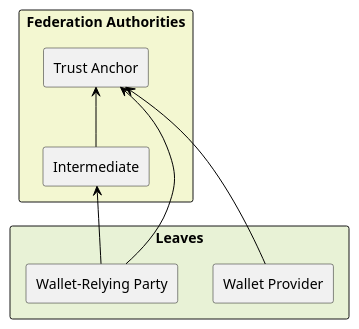
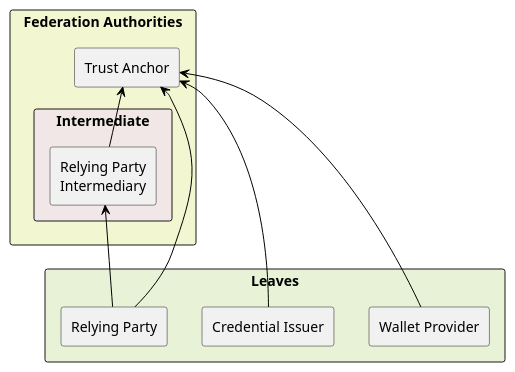
One commit to italia/eid-wallet-it-docs changed the diagram in docs/en/plantuml/oid-fed-roles.puml. Above: the diagram before and after it, drawn with PlantUML. The commit also changed 5 other files, not shown here.

```diff
--- a/docs/en/plantuml/oid-fed-roles.puml
+++ b/docs/en/plantuml/oid-fed-roles.puml
@@ -1,23 +1,28 @@
 @startuml
 !include <C4/C4_Container>
 
 skinparam backgroundColor transparent
 skinparam ArrowColor black
 
 
 rectangle "Federation Authorities" as faContainer #f3F7D1 {
   rectangle "Trust Anchor" as ta 
-  rectangle "Intermediate" as int1 
+  rectangle "Intermediate" as int1 #f1E7E6 {
+  rectangle "Relying Party \nIntermediary" as rpi
+ }
 }
+
 
 rectangle "Leaves" as leafsContainer #E8F2D6 {
   rectangle "Wallet Provider" as wp 
-  rectangle "Wallet-Relying Party" as wrp 
+  rectangle "Relying Party" as rp 
+  rectangle "Credential Issuer" as ci
 }
 
 
-wrp -up-> int1
-wrp -up-> ta
-int1 -up-> ta
+rp -up-> rpi
+rp -up-> ta
+ci -up-> ta
+rpi -up-> ta
 wp -up-> ta
 @enduml
```
